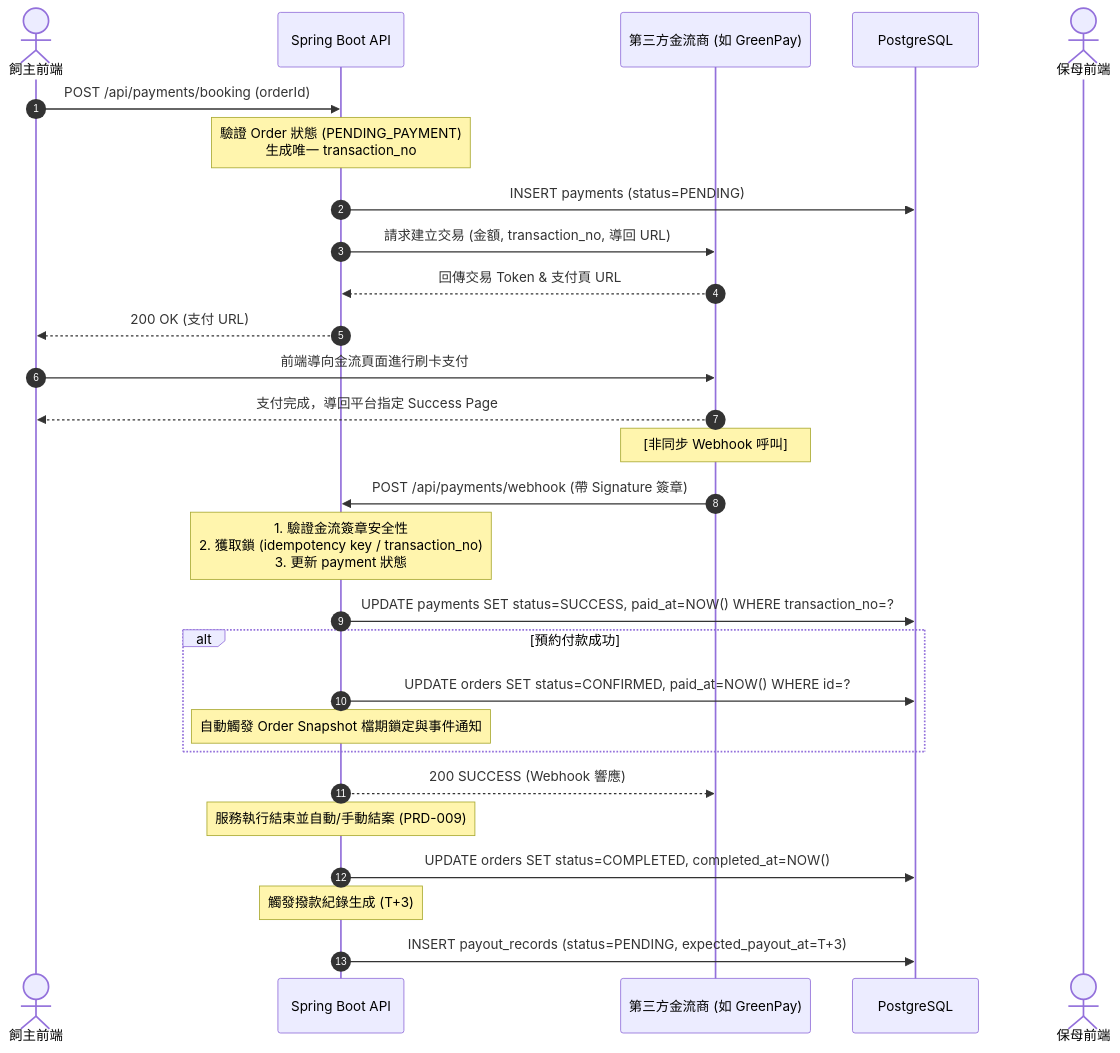
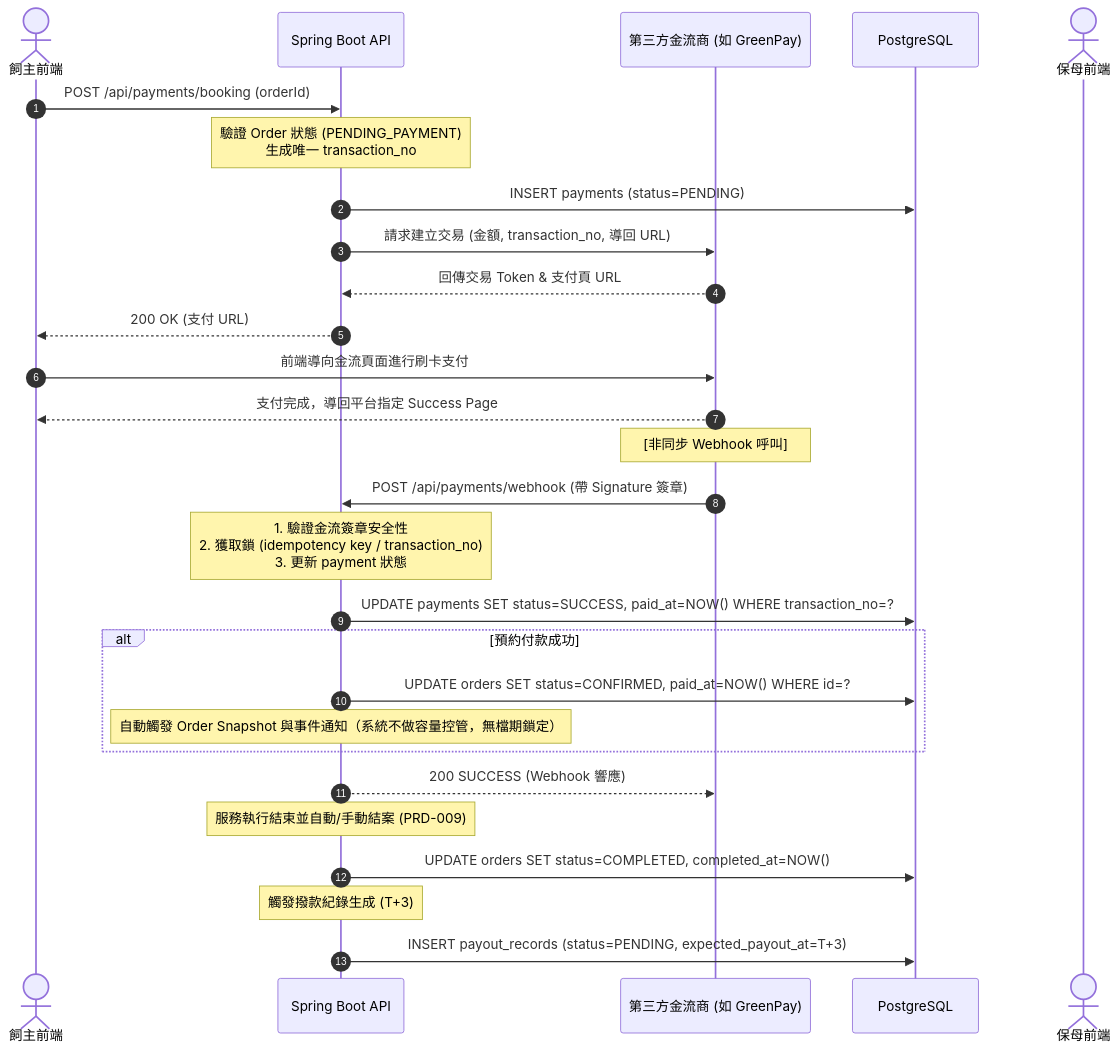
One commit to willchiangch/cat-sitter-project changed the diagram in docs/sd/SD-015-payment-integration.md. Above: the diagram before and after it, drawn with Mermaid. The commit also changed 19 other files, not shown here.

````diff
--- a/docs/sd/SD-015-payment-integration.md
+++ b/docs/sd/SD-015-payment-integration.md
@@ -20,35 +20,35 @@
 ```mermaid
 sequenceDiagram
     autonumber
     actor Owner as 飼主前端
     participant BE as Spring Boot API
     participant Gateway as 第三方金流商 (如 GreenPay)
     participant DB as PostgreSQL
     actor Sitter as 保母前端
 
     Owner->>BE: POST /api/payments/booking (orderId)
     Note over BE: 驗證 Order 狀態 (PENDING_PAYMENT)<br/>生成唯一 transaction_no
     BE->>DB: INSERT payments (status=PENDING)
     BE->>Gateway: 請求建立交易 (金額, transaction_no, 導回 URL)
     Gateway-->>BE: 回傳交易 Token & 支付頁 URL
     BE-->>Owner: 200 OK (支付 URL)
 
     Owner->>Gateway: 前端導向金流頁面進行刷卡支付
     Gateway-->>Owner: 支付完成，導回平台指定 Success Page
     
     Note over Gateway: [非同步 Webhook 呼叫]
     Gateway->>BE: POST /api/payments/webhook (帶 Signature 簽章)
     Note over BE: 1. 驗證金流簽章安全性<br/>2. 獲取鎖 (idempotency key / transaction_no)<br/>3. 更新 payment 狀態
     BE->>DB: UPDATE payments SET status=SUCCESS, paid_at=NOW() WHERE transaction_no=?
     
     alt 預約付款成功
         BE->>DB: UPDATE orders SET status=CONFIRMED, paid_at=NOW() WHERE id=?
-        Note over BE: 自動觸發 Order Snapshot 檔期鎖定與事件通知
+        Note over BE: 自動觸發 Order Snapshot 與事件通知（系統不做容量控管，無檔期鎖定）
     end
     BE-->>Gateway: 200 SUCCESS (Webhook 響應)
     
     Note over BE: 服務執行結束並自動/手動結案 (PRD-009)
     BE->>DB: UPDATE orders SET status=COMPLETED, completed_at=NOW()
     Note over BE: 觸發撥款紀錄生成 (T+3)
     BE->>DB: INSERT payout_records (status=PENDING, expected_payout_at=T+3)
 ```
````
